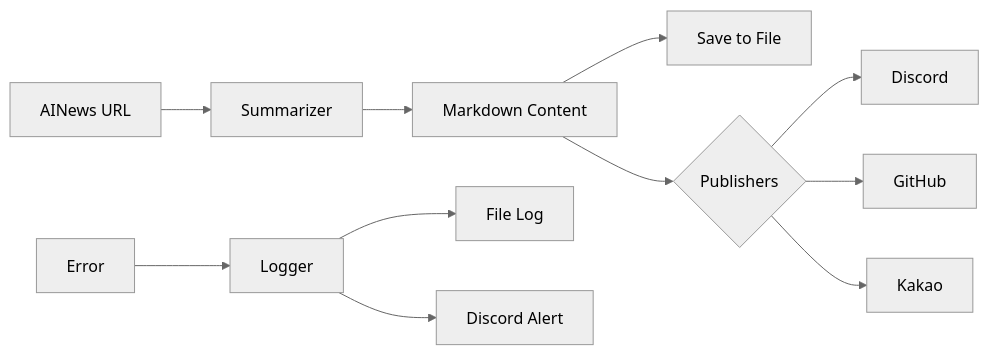
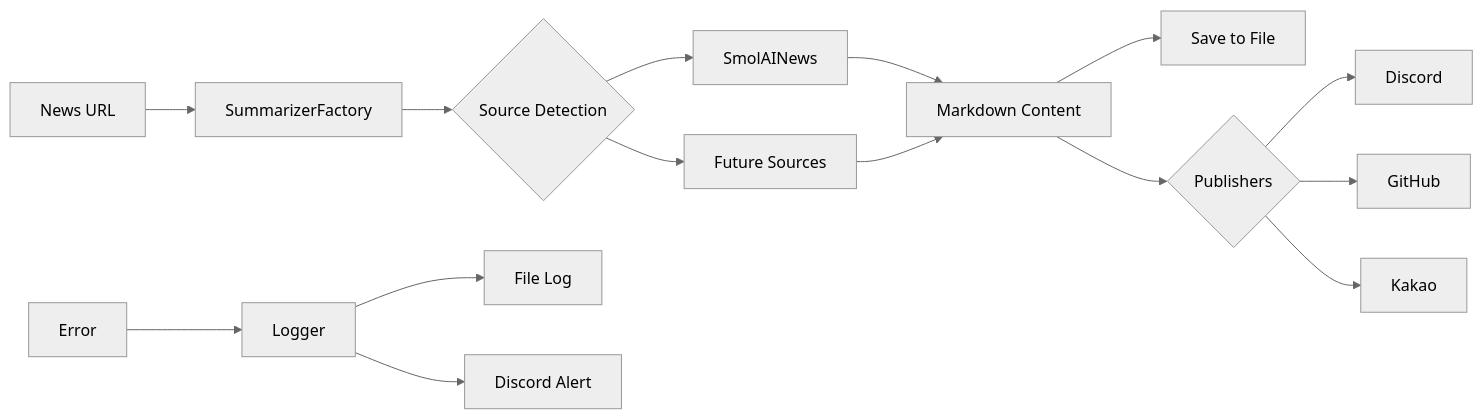
One commit to sudormrf-run/news_bot changed the diagram in ARCHITECTURE.md. Above: the diagram before and after it, drawn with Mermaid (neutral theme). The commit also changed other lines of this file and 7 other files, not shown here.

First line of the commit message:
refactor: Add extensible summarizer architecture

````diff
--- a/ARCHITECTURE.md
+++ b/ARCHITECTURE.md
@@ -155,14 +188,18 @@
 ```mermaid
 graph LR
-    A[AINews URL] --> B[Summarizer]
-    B --> C[Markdown Content]
-    C --> D[Save to File]
-    C --> E{Publishers}
-    E --> F[Discord]
-    E --> G[GitHub]
-    E --> H[Kakao]
+    A[News URL] --> B[SummarizerFactory]
+    B --> C{Source Detection}
+    C --> D[SmolAINews]
+    C --> E[Future Sources]
+    D --> F[Markdown Content]
+    E --> F
+    F --> G[Save to File]
+    F --> H{Publishers}
+    H --> I[Discord]
+    H --> J[GitHub]
+    H --> K[Kakao]
     
-    I[Error] --> J[Logger]
-    J --> K[File Log]
-    J --> L[Discord Alert]
+    L[Error] --> M[Logger]
+    M --> N[File Log]
+    M --> O[Discord Alert]
 ```
````
